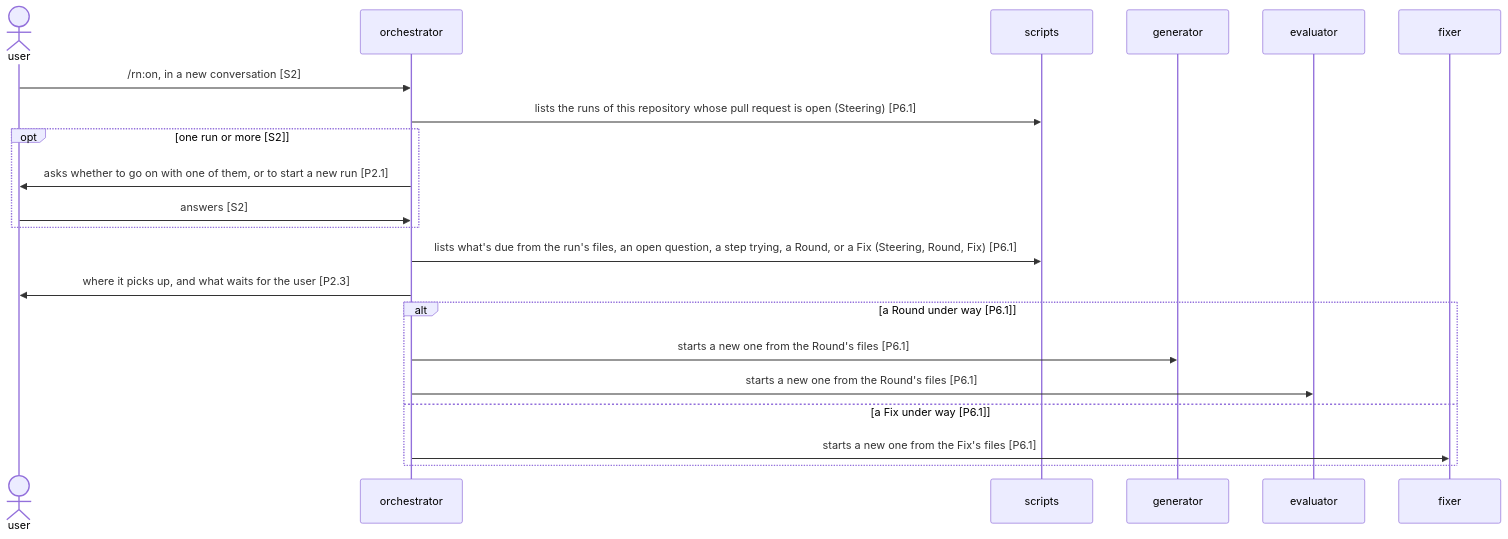
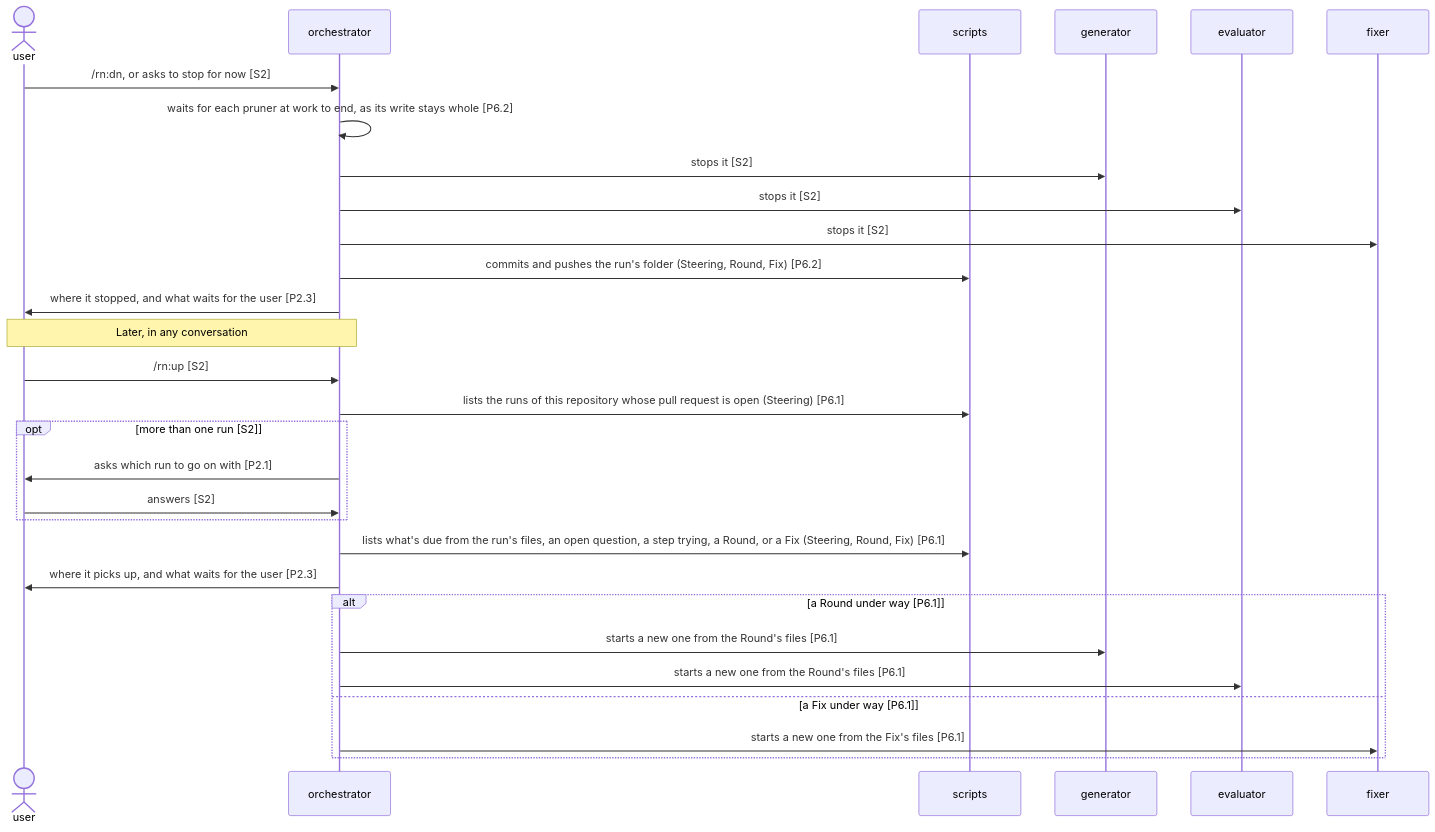
One commit to lovaizu/ccpm changed the second of 2 diagrams in dev/rn/architecture.md. Above: the diagram before and after it, drawn with Mermaid. The commit also changed other lines of this file and 2 other files, not shown here.

Commit message:
rn: /rn:dn stops a run once what it writes is whole, and /rn:up picks it up in any conversation

````diff
--- a/dev/rn/architecture.md
+++ b/dev/rn/architecture.md
@@ -264,23 +272,31 @@
 ```mermaid
 sequenceDiagram
   actor U as user
   participant O as orchestrator
   participant S as scripts
   participant G as generator
   participant E as evaluator
   participant F as fixer
-  U->>O: /rn:on, in a new conversation [S2]
+  U->>O: /rn:dn, or asks to stop for now [S2]
+  O->>O: waits for each pruner at work to end, as its write stays whole [P6.2]
+  O->>G: stops it [S2]
+  O->>E: stops it [S2]
+  O->>F: stops it [S2]
+  O->>S: commits and pushes the run's folder (Steering, Round, Fix) [P6.2]
+  O->>U: where it stopped, and what waits for the user [P2.3]
+  Note over U,O: Later, in any conversation
+  U->>O: /rn:up [S2]
   O->>S: lists the runs of this repository whose pull request is open (Steering) [P6.1]
-  opt one run or more [S2]
-    O->>U: asks whether to go on with one of them, or to start a new run [P2.1]
+  opt more than one run [S2]
+    O->>U: asks which run to go on with [P2.1]
     U->>O: answers [S2]
   end
   O->>S: lists what's due from the run's files, an open question, a step trying, a Round, or a Fix (Steering, Round, Fix) [P6.1]
   O->>U: where it picks up, and what waits for the user [P2.3]
   alt a Round under way [P6.1]
     O->>G: starts a new one from the Round's files [P6.1]
     O->>E: starts a new one from the Round's files [P6.1]
   else a Fix under way [P6.1]
     O->>F: starts a new one from the Fix's files [P6.1]
   end
 ```
````
